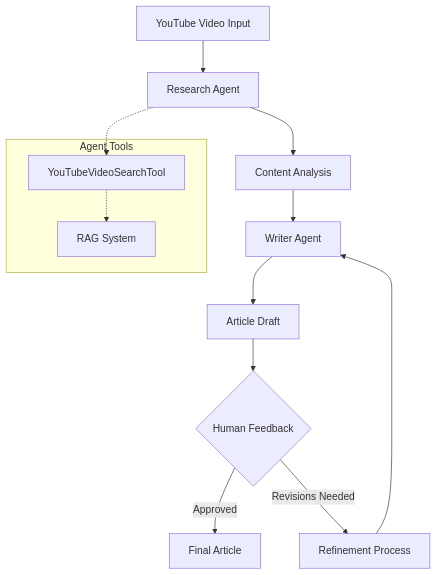
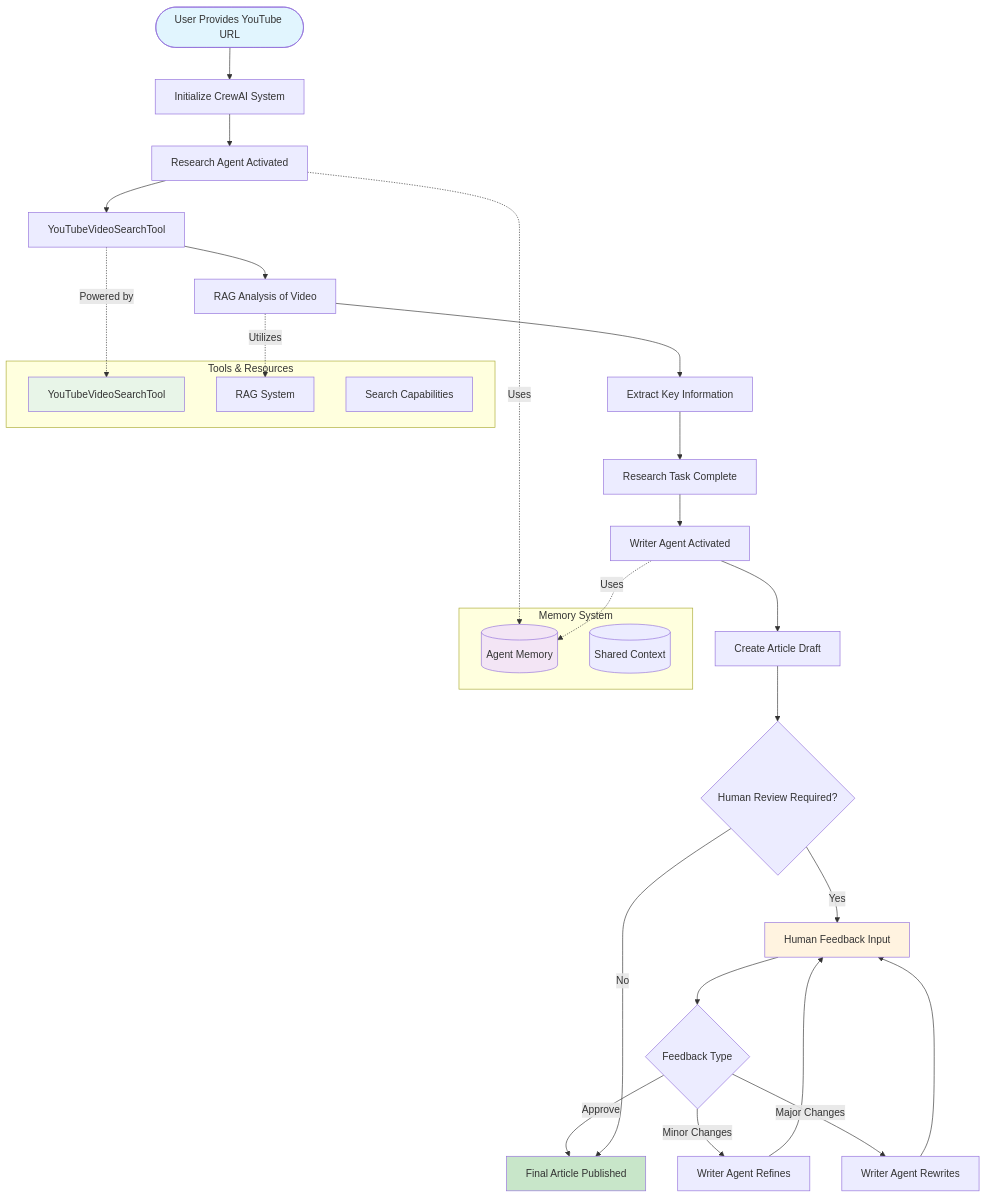
Before and after one commit to saifkheraj/d_s: the first of 2 diagrams in GenAI/Agents/CrewAgent/SpecializedAgents/README.md, drawn with Mermaid.

````diff
--- a/GenAI/Agents/CrewAgent/SpecializedAgents/README.md
+++ b/GenAI/Agents/CrewAgent/SpecializedAgents/README.md
@@ -28,19 +28,48 @@
 ```mermaid
-graph TB
-    A[YouTube Video Input] --> B[Research Agent]
-    B --> C[Content Analysis]
-    C --> D[Writer Agent]
-    D --> E[Article Draft]
-    E --> F{Human Feedback}
-    F -->|Approved| G[Final Article]
-    F -->|Revisions Needed| H[Refinement Process]
-    H --> D
+graph TD
+    Start([User Provides YouTube URL]) --> Init[Initialize CrewAI System]
     
-    subgraph "Agent Tools"
-        I[YouTubeVideoSearchTool]
-        J[RAG System]
+    Init --> RA[Research Agent Activated]
+    RA --> YT[YouTubeVideoSearchTool]
+    YT --> RAG[RAG Analysis of Video]
+    RAG --> Extract[Extract Key Information]
+    Extract --> Research[Research Task Complete]
+    
+    Research --> WA[Writer Agent Activated]
+    WA --> Draft[Create Article Draft]
+    Draft --> Review{Human Review Required?}
+    
+    Review -->|Yes| Human[Human Feedback Input]
+    Human --> Feedback{Feedback Type}
+    
+    Feedback -->|Approve| Final[Final Article Published]
+    Feedback -->|Minor Changes| Refine[Writer Agent Refines]
+    Feedback -->|Major Changes| Rewrite[Writer Agent Rewrites]
+    
+    Refine --> Human
+    Rewrite --> Human
+    
+    Review -->|No| Final
+    
+    subgraph "Memory System"
+        Memory[(Agent Memory)]
+        Context[(Shared Context)]
     end
     
-    B -.-> I
-    I -.-> J
+    subgraph "Tools & Resources"
+        YTTool[YouTubeVideoSearchTool]
+        RAGSys[RAG System]
+        SearchCap[Search Capabilities]
+    end
+    
+    RA -.->|Uses| Memory
+    WA -.->|Uses| Memory
+    YT -.->|Powered by| YTTool
+    RAG -.->|Utilizes| RAGSys
+    
+    style Start fill:#e1f5fe
+    style Final fill:#c8e6c9
+    style Human fill:#fff3e0
+    style Memory fill:#f3e5f5
+    style YTTool fill:#e8f5e8
 ```
````
